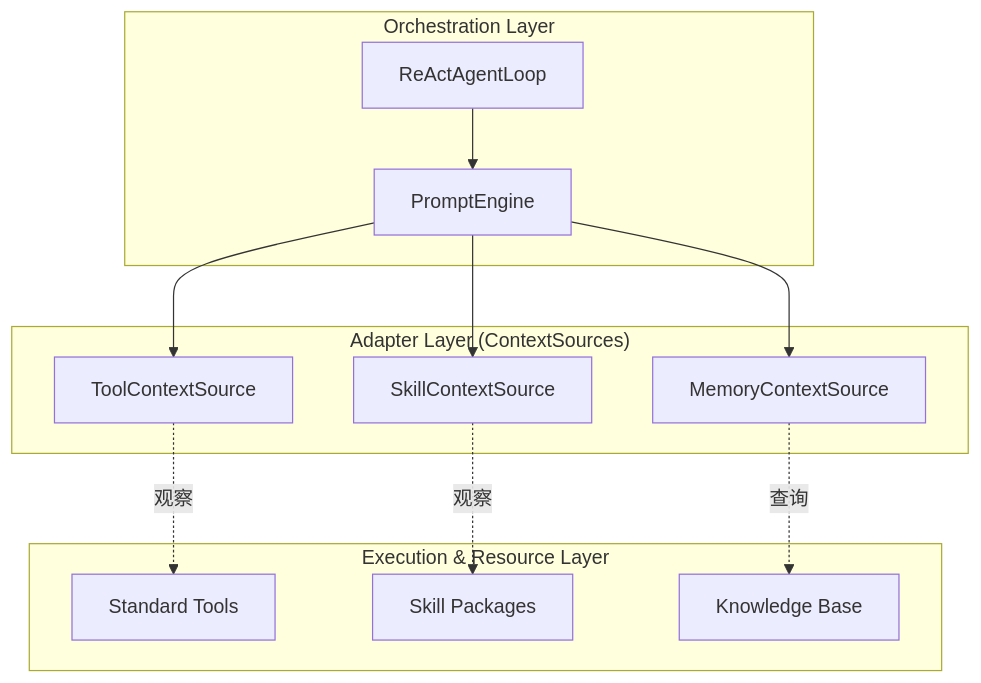
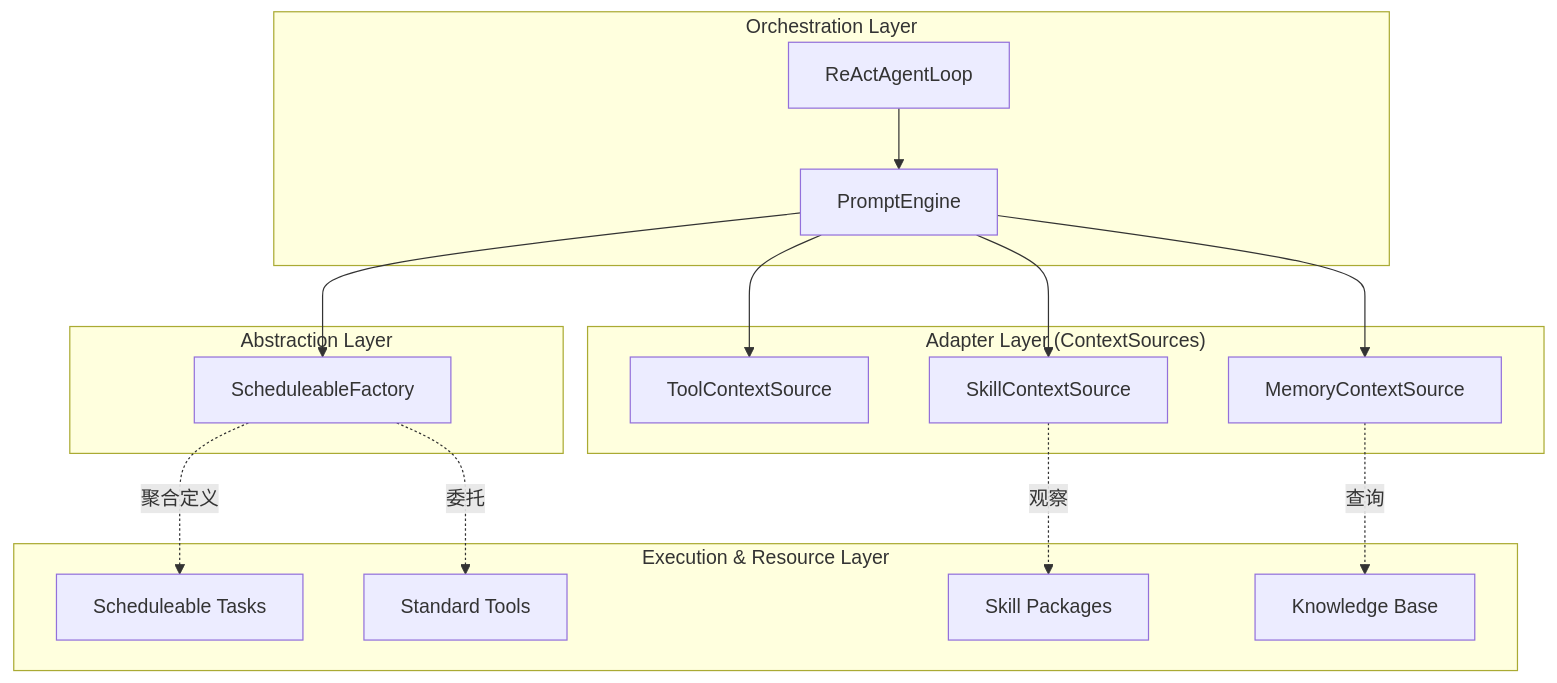
Before and after one commit to stream-iori/ganglia: the diagram in docs/PROMPT_ENGINE_DECOUPLING.md, drawn with Mermaid. The commit also changed other lines of this file and 52 other files, not shown here.

````diff
--- a/docs/PROMPT_ENGINE_DECOUPLING.md
+++ b/docs/PROMPT_ENGINE_DECOUPLING.md
@@ -21,18 +21,23 @@
 ```mermaid
 graph TD
     subgraph "Orchestration Layer"
         Loop[ReActAgentLoop] --> PE[PromptEngine]
+    end
+
+    subgraph "Abstraction Layer"
+        PE --> SF[ScheduleableFactory]
     end
 
     subgraph "Adapter Layer (ContextSources)"
         PE --> TCS[ToolContextSource]
         PE --> SCS[SkillContextSource]
         PE --> MCS[MemoryContextSource]
     end
 
     subgraph "Execution & Resource Layer"
-        TCS -.->|观察| Tools[Standard Tools]
+        SF -.->|聚合定义| Tasks[Scheduleable Tasks]
+        SF -.->|委托| Tools[Standard Tools]
         SCS -.->|观察| Skills[Skill Packages]
         MCS -.->|查询| KB[Knowledge Base]
     end
 ```
````
